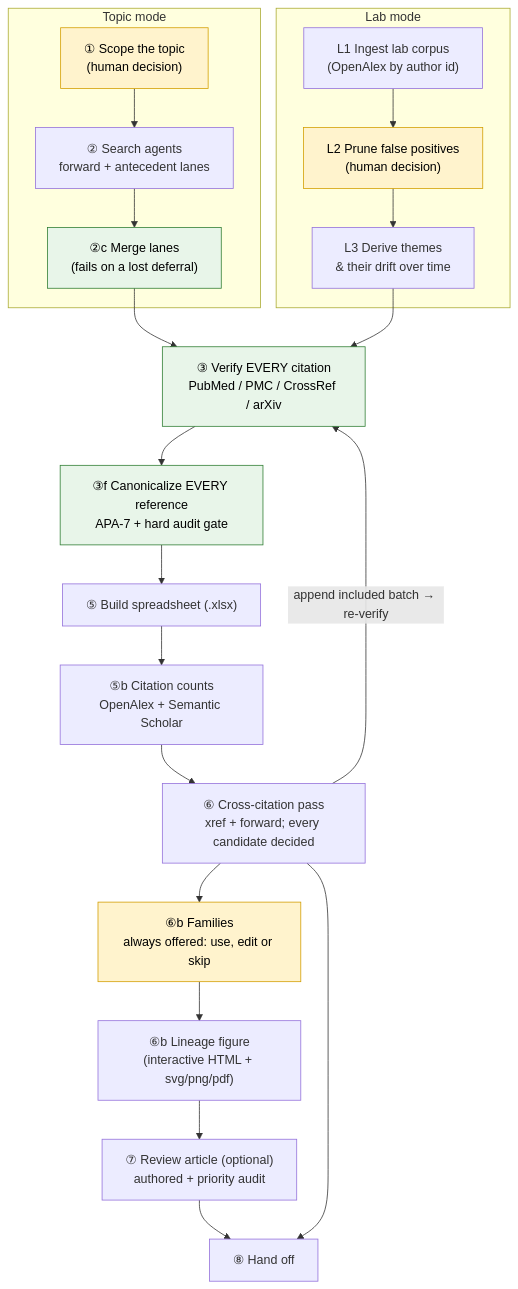
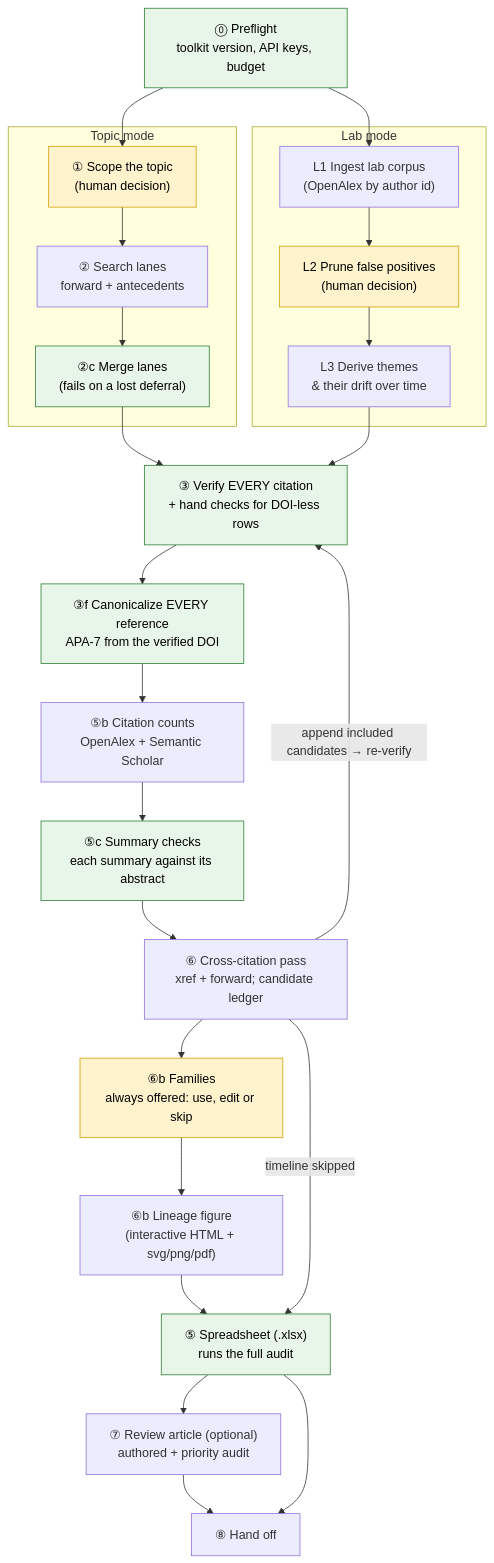
The diagram in docs/manual.md (gallantlab/literature-review-toolkit), drawn with Mermaid before and after one commit. The commit also changed other lines of this file and 38 other files, not shown here.

````diff
--- a/docs/manual.md
+++ b/docs/manual.md
@@ -31,39 +32,46 @@
 ```mermaid
 flowchart TD
+    P["⓪ Preflight<br/>toolkit version, API keys, budget"]
+
     subgraph TOPIC["Topic mode"]
       T1["① Scope the topic<br/>(human decision)"]
-      T2["② Search agents<br/>forward + antecedent lanes"]
+      T2["② Search lanes<br/>forward + antecedents"]
       T2b["②c Merge lanes<br/>(fails on a lost deferral)"]
       T1 --> T2 --> T2b
     end
 
     subgraph LAB["Lab mode"]
       L1["L1 Ingest lab corpus<br/>(OpenAlex by author id)"]
       L2["L2 Prune false positives<br/>(human decision)"]
       L3["L3 Derive themes<br/>& their drift over time"]
       L1 --> L2 --> L3
     end
 
+    P --> T1
+    P --> L1
     T2b --> V
     L3 --> V
 
-    V["③ Verify EVERY citation<br/>PubMed / PMC / CrossRef / arXiv"]
-    C["③f Canonicalize EVERY reference<br/>APA-7 + hard audit gate"]
-    S["⑤ Build spreadsheet (.xlsx)"]
+    V["③ Verify EVERY citation<br/>+ hand checks for DOI-less rows"]
+    C["③f Canonicalize EVERY reference<br/>APA-7 from the verified DOI"]
     CC["⑤b Citation counts<br/>OpenAlex + Semantic Scholar"]
-    X["⑥ Cross-citation pass<br/>xref + forward; every candidate decided"]
+    SC["⑤c Summary checks<br/>each summary against its abstract"]
+    X["⑥ Cross-citation pass<br/>xref + forward; candidate ledger"]
     F["⑥b Families<br/>always offered: use, edit or skip"]
     FIG["⑥b Lineage figure<br/>(interactive HTML + svg/png/pdf)"]
+    S["⑤ Spreadsheet (.xlsx)<br/>runs the full audit"]
     W["⑦ Review article (optional)<br/>authored + priority audit"]
     H["⑧ Hand off"]
 
-    V --> C --> S --> CC --> X
-    X -->|"append included batch → re-verify"| V
-    X --> F --> FIG --> W --> H
-    X --> H
+    V --> C --> CC --> SC --> X
+    X -->|"append included candidates → re-verify"| V
+    X --> F --> FIG --> S
+    X -->|"timeline skipped"| S
+    S --> W --> H
+    S --> H
 
     classDef human fill:#fff3cd,stroke:#d39e00,color:#000;
     classDef gate fill:#e8f5e9,stroke:#2e7d32,color:#000;
     class T1,L2,F human;
-    class V,C,T2b gate;
+    class P,T2b,V,C,SC,S gate;
 ```
````
